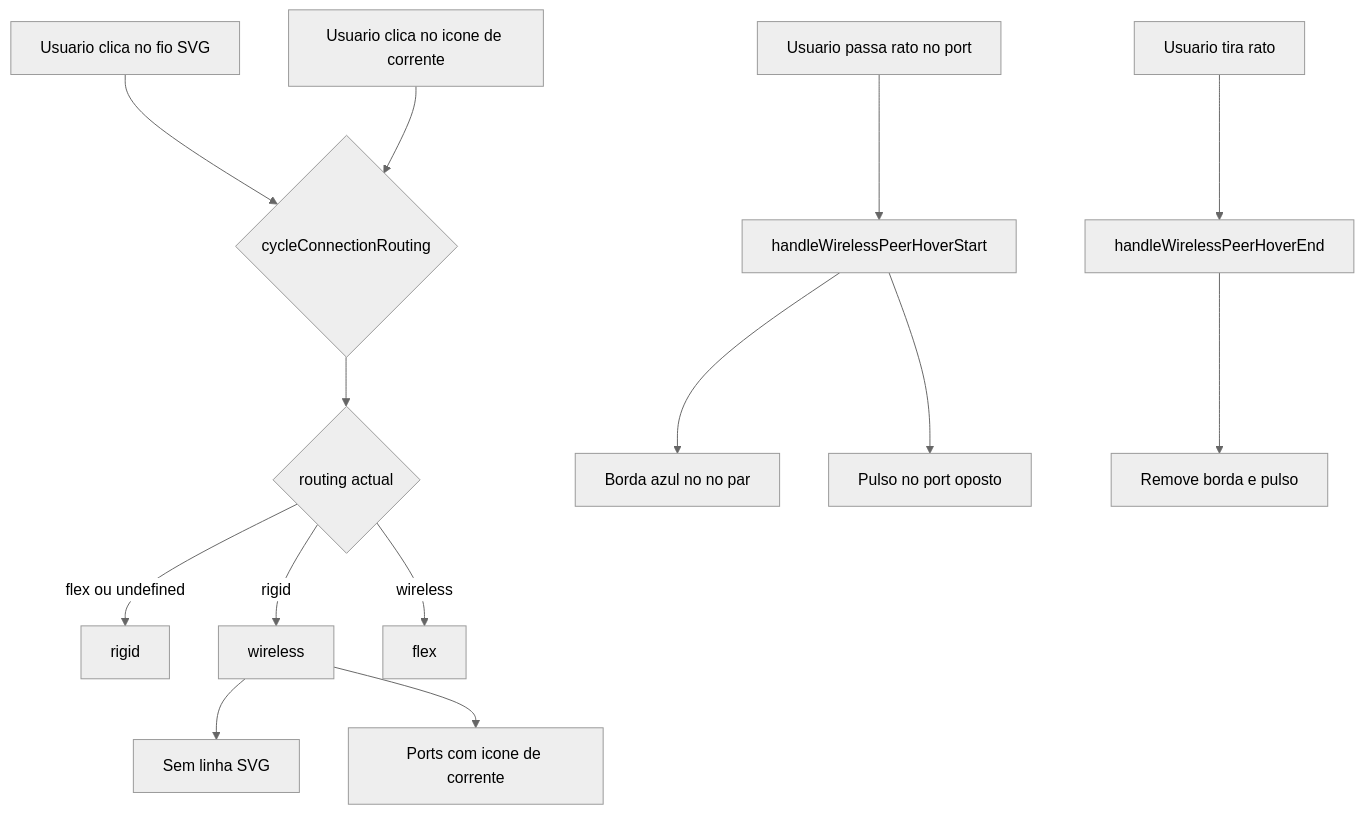
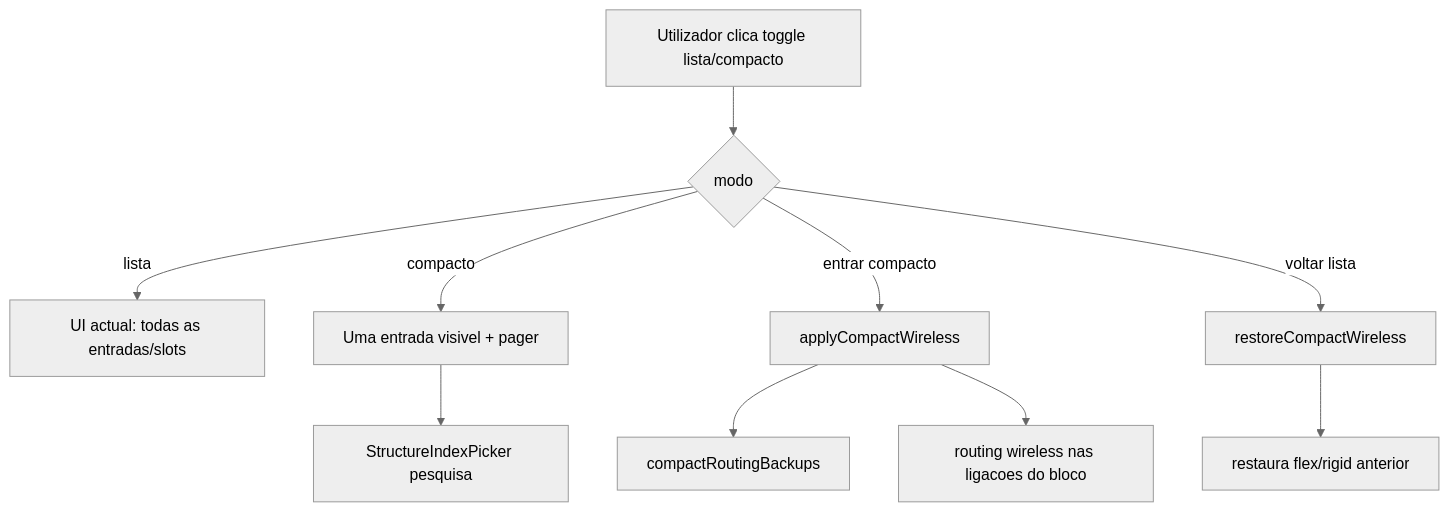
Before and after one commit to JunioCesar96/Node-Graphs-League-of-Legends: the first of 2 diagrams in README.md, drawn with Mermaid (neutral theme). The commit also changed other lines of this file and 34 other files, not shown here.

First line of the commit message:
feat: modo compacto de estruturas internas com wireless automatico

````diff
--- a/README.md
+++ b/README.md
@@ -29,16 +29,12 @@
 ```mermaid
 graph TD
-  A[Usuario clica no fio SVG] --> B{cycleConnectionRouting}
-  C[Usuario clica no icone de corrente] --> B
-  B --> D{routing actual}
-  D -->|flex ou undefined| E[rigid]
-  D -->|rigid| F[wireless]
-  D -->|wireless| G[flex]
-  F --> H[Sem linha SVG]
-  F --> I[Ports com icone de corrente]
-  J[Usuario passa rato no port] --> K[handleWirelessPeerHoverStart]
-  K --> L[Borda azul no no par]
-  K --> M[Pulso no port oposto]
-  N[Usuario tira rato] --> O[handleWirelessPeerHoverEnd]
-  O --> P[Remove borda e pulso]
+  U[Utilizador clica toggle lista/compacto] --> M{modo}
+  M -->|lista| L[UI actual: todas as entradas/slots]
+  M -->|compacto| C[Uma entrada visivel + pager]
+  C --> P[StructureIndexPicker pesquisa]
+  M -->|entrar compacto| W[applyCompactWireless]
+  W --> BK[compactRoutingBackups]
+  W --> R[routing wireless nas ligacoes do bloco]
+  M -->|voltar lista| R2[restoreCompactWireless]
+  R2 --> BK2[restaura flex/rigid anterior]
 ```
````
